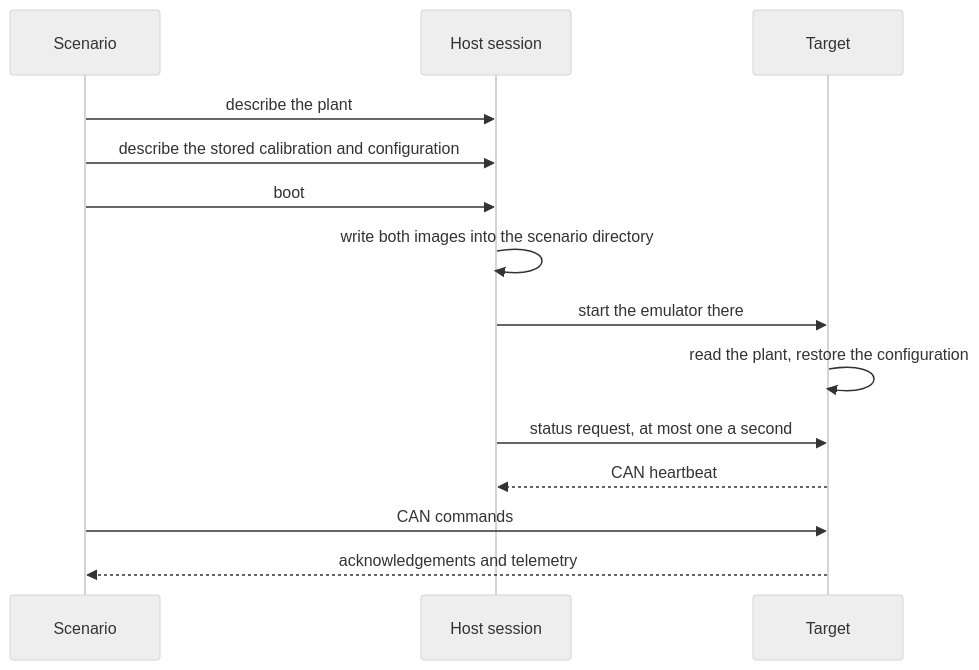
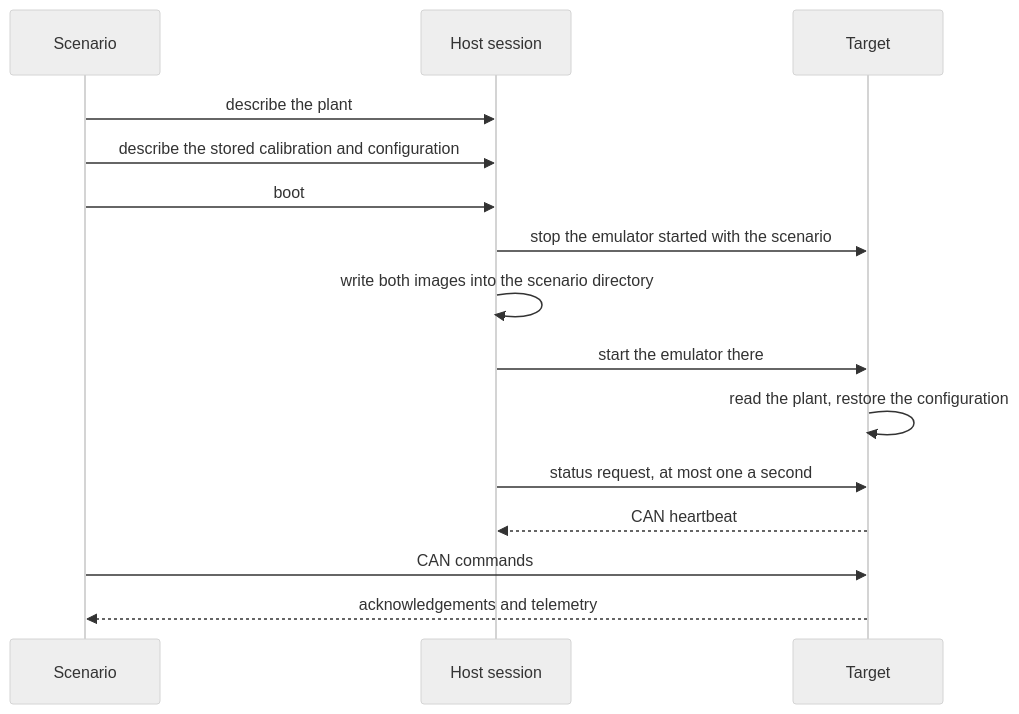
The second of 6 diagrams in documentation/design/software-in-the-loop.md (embedded-pro/e-foc), drawn with Mermaid (neutral theme) before and after one commit. The commit also changed other lines of this file and 3 other files, not shown here.

First line of the commit message:
fix(sil): stage the NVM image only once the scenario's first emulator is stopped

````diff
--- a/documentation/design/software-in-the-loop.md
+++ b/documentation/design/software-in-the-loop.md
@@ -147,16 +155,17 @@
 ```mermaid
 sequenceDiagram
     participant S as Scenario
     participant H as Host session
     participant T as Target
     S->>H: describe the plant
     S->>H: describe the stored calibration and configuration
     S->>H: boot
+    H->>T: stop the emulator started with the scenario
     H->>H: write both images into the scenario directory
     H->>T: start the emulator there
     T->>T: read the plant, restore the configuration
     H->>T: status request, at most one a second
     T-->>H: CAN heartbeat
     S->>T: CAN commands
     T-->>S: acknowledgements and telemetry
 ```
````
